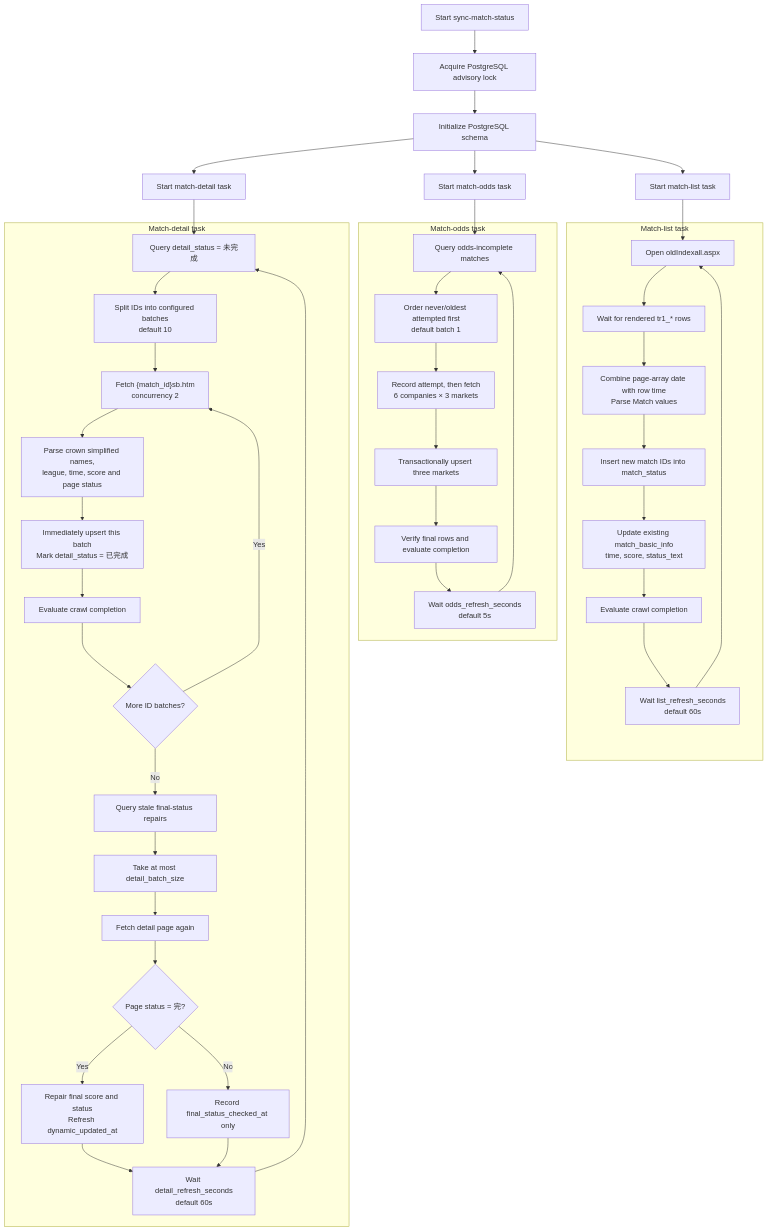
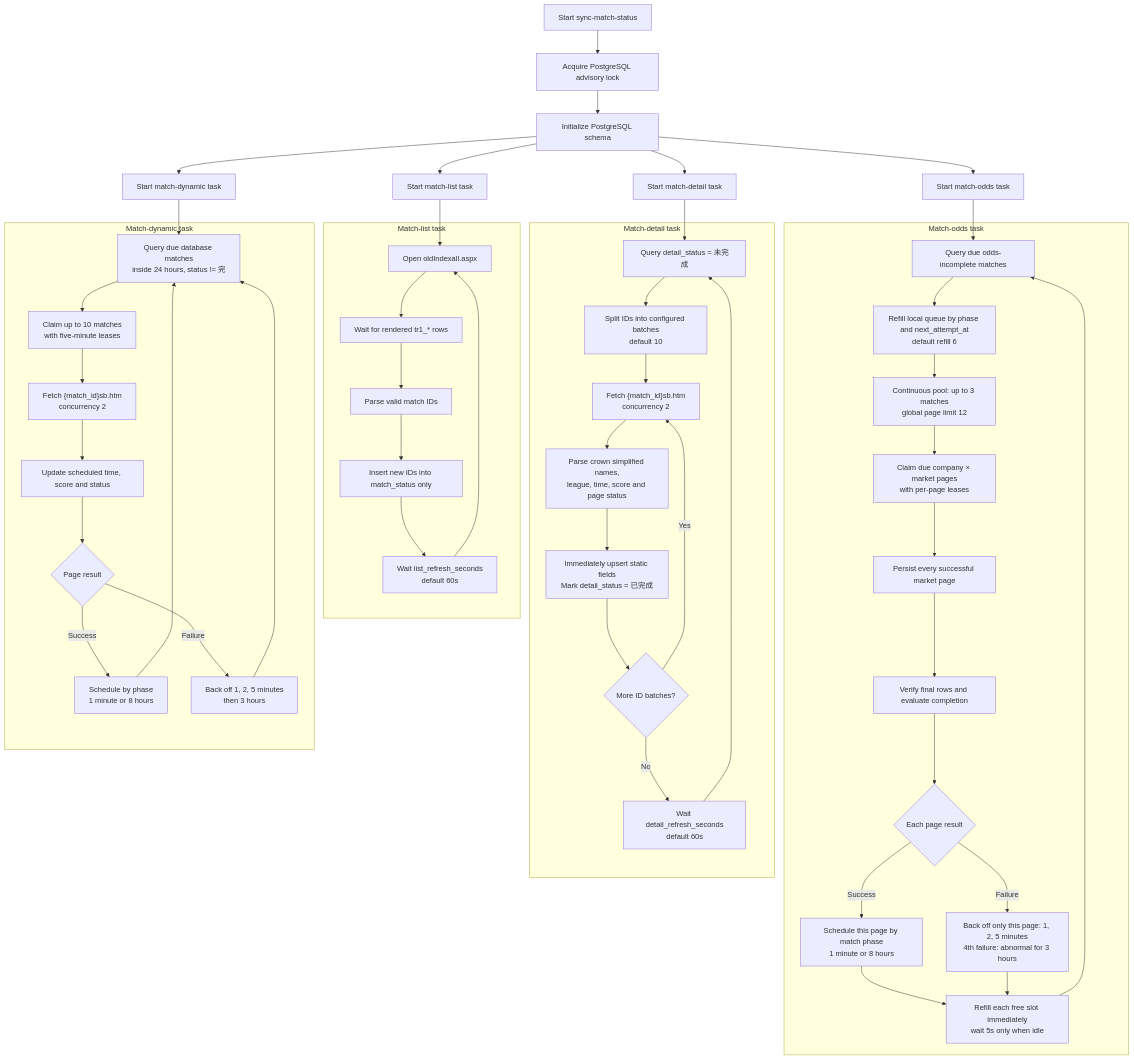
The second of 4 diagrams in docs/architecture/code-flow.md (adam-zou/football2607), drawn with Mermaid before and after one commit. The commit also changed other lines of this file and 28 other files, not shown here.

Commit message:
Refine match and odds scheduling

````diff
--- a/docs/architecture/code-flow.md
+++ b/docs/architecture/code-flow.md
@@ -59,50 +63,58 @@
 ```mermaid
 flowchart TD
     Start["Start sync-match-status"] --> Lock["Acquire PostgreSQL advisory lock"]
     Lock --> Init["Initialize PostgreSQL schema"]
     Init --> StartList["Start match-list task"]
     Init --> StartDetail["Start match-detail task"]
+    Init --> StartDynamic["Start match-dynamic task"]
     Init --> StartOdds["Start match-odds task"]
 
     subgraph ListTask["Match-list task"]
         L1["Open oldIndexall.aspx"] --> L2["Wait for rendered tr1_* rows"]
-        L2 --> L3["Combine page-array date with row time<br/>Parse Match values"]
-        L3 --> L4["Insert new match IDs into match_status"]
-        L4 --> L5["Update existing match_basic_info<br/>time, score, status_text"]
-        L5 --> L6["Evaluate crawl completion"]
-        L6 --> L7["Wait list_refresh_seconds<br/>default 60s"]
+        L2 --> L3["Parse valid match IDs"]
+        L3 --> L4["Insert new IDs into match_status only"]
+        L4 --> L7["Wait list_refresh_seconds<br/>default 60s"]
         L7 --> L1
     end
 
     subgraph OddsTask["Match-odds task"]
-        O1["Query odds-incomplete matches"] --> O2["Order never/oldest attempted first<br/>default batch 1"]
-        O2 --> O3["Record attempt, then fetch<br/>6 companies × 3 markets"]
-        O3 --> O4["Transactionally upsert three markets"]
+        O1["Query due odds-incomplete matches"] --> O2["Refill local queue by phase and next_attempt_at<br/>default refill 6"]
+        O2 --> O3["Continuous pool: up to 3 matches<br/>global page limit 12"]
+        O3 --> O4A["Claim due company × market pages<br/>with per-page leases"]
+        O4A --> O4["Persist every successful market page"]
         O4 --> O5["Verify final rows and evaluate completion"]
-        O5 --> O6["Wait odds_refresh_seconds<br/>default 5s"]
+        O5 --> O5A{"Each page result"}
+        O5A -->|Success| O5B["Schedule this page by match phase<br/>1 minute or 8 hours"]
+        O5A -->|Failure| O5C["Back off only this page: 1, 2, 5 minutes<br/>4th failure: abnormal for 3 hours"]
+        O5B --> O6["Refill each free slot immediately<br/>wait 5s only when idle"]
+        O5C --> O6
         O6 --> O1
     end
 
     subgraph DetailTask["Match-detail task"]
         D1["Query detail_status = 未完成"] --> D2["Split IDs into configured batches<br/>default 10"]
         D2 --> D3["Fetch {match_id}sb.htm<br/>concurrency 2"]
         D3 --> D4["Parse crown simplified names,<br/>league, time, score and page status"]
-        D4 --> D5["Immediately upsert this batch<br/>Mark detail_status = 已完成"]
-        D5 --> D6["Evaluate crawl completion"]
-        D6 --> D7{"More ID batches?"}
+        D4 --> D5["Immediately upsert static fields<br/>Mark detail_status = 已完成"]
+        D5 --> D7{"More ID batches?"}
         D7 -->|Yes| D3
-        D7 -->|No| R1["Query stale final-status repairs"]
-        R1 --> R2["Take at most detail_batch_size"]
-        R2 --> R3["Fetch detail page again"]
-        R3 --> R4{"Page status = 完?"}
-        R4 -->|Yes| R5["Repair final score and status<br/>Refresh dynamic_updated_at"]
-        R4 -->|No| R6["Record final_status_checked_at only"]
-        R5 --> D8["Wait detail_refresh_seconds<br/>default 60s"]
-        R6 --> D8
+        D7 -->|No| D8["Wait detail_refresh_seconds<br/>default 60s"]
         D8 --> D1
+    end
+
+    subgraph DynamicTask["Match-dynamic task"]
+        M1["Query due database matches<br/>inside 24 hours, status != 完"] --> M2["Claim up to 10 matches<br/>with five-minute leases"]
+        M2 --> M3["Fetch {match_id}sb.htm<br/>concurrency 2"]
+        M3 --> M4["Update scheduled time, score and status"]
+        M4 --> M5{"Page result"}
+        M5 -->|Success| M6["Schedule by phase<br/>1 minute or 8 hours"]
+        M5 -->|Failure| M7["Back off 1, 2, 5 minutes<br/>then 3 hours"]
+        M6 --> M1
+        M7 --> M1
     end
 
     StartList --> L1
     StartDetail --> D1
+    StartDynamic --> M1
     StartOdds --> O1
 ```
````
